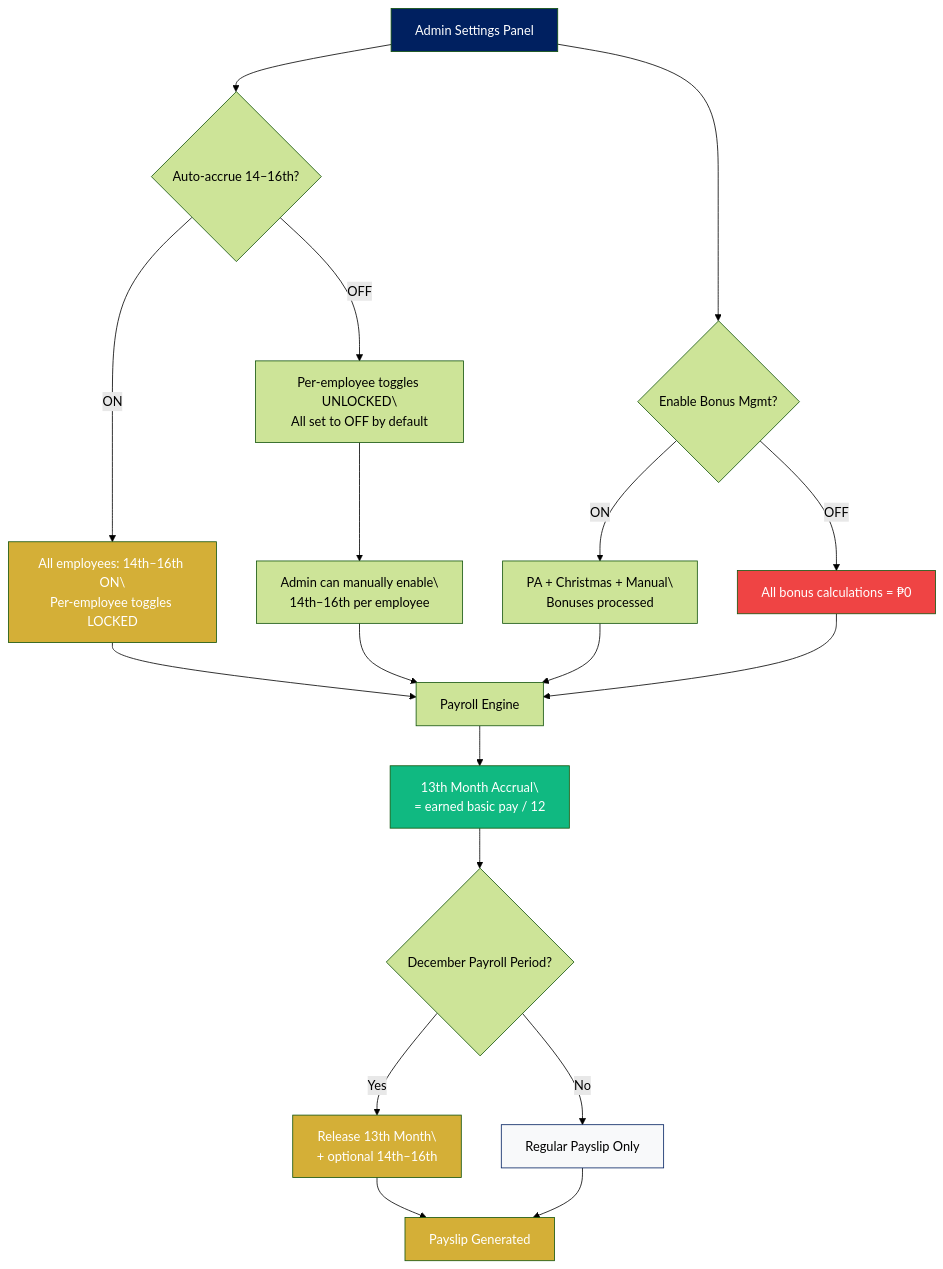
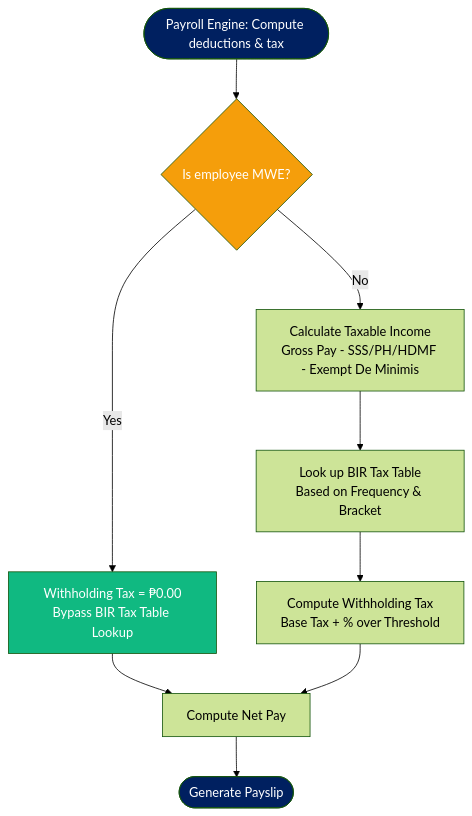
Diagram 32 of 49 in README.md (binssente-crypto/PAYROLL-DOCUMENTATION), drawn with Mermaid (forest theme) before and after one commit. The commit also changed other lines of this file, not shown here.

Commit message:
PAYROLL DOCUMENTATION UPDATE

````diff
--- a/README.md
+++ b/README.md
@@ -965,33 +1815,20 @@
 ```mermaid
 flowchart TD
-    CFG[Admin Settings Panel] --> A13{Auto-accrue 14–16th?}
+    Start([Payroll Engine: Compute deductions & tax]) --> MWE{Is employee MWE?}
     
-    A13 -- ON --> LOCK["All employees: 14th–16th ON\\nPer-employee toggles LOCKED"]
-    A13 -- OFF --> MANUAL["Per-employee toggles UNLOCKED\\nAll set to OFF by default"]
-    MANUAL --> ADMIN["Admin can manually enable\\n14th–16th per employee"]
+    MWE -- "Yes" --> TaxExempt["Withholding Tax = ₱0.00<br/>Bypass BIR Tax Table Lookup"]
+    MWE -- "No" --> TaxableIncome["Calculate Taxable Income<br/>Gross Pay - SSS/PH/HDMF - Exempt De Minimis"]
     
-    LOCK --> ENGINE[Payroll Engine]
-    ADMIN --> ENGINE
+    TaxableIncome --> TableLookup["Look up BIR Tax Table<br/>Based on Frequency & Bracket"]
+    TableLookup --> TaxCalc["Compute Withholding Tax<br/>Base Tax + % over Threshold"]
     
-    CFG --> BONUS{Enable Bonus Mgmt?}
-    BONUS -- ON --> BPROC["PA + Christmas + Manual\\nBonuses processed"]
-    BONUS -- OFF --> BSKIP["All bonus calculations = ₱0"]
+    TaxExempt --> PostTax[Compute Net Pay]
+    TaxCalc --> PostTax
     
-    BPROC --> ENGINE
-    BSKIP --> ENGINE
+    PostTax --> End([Generate Payslip])
     
-    ENGINE --> ACCRUAL["13th Month Accrual\\n= earned basic pay / 12"]
-    ACCRUAL --> DEC{December Payroll Period?}
-    DEC -- Yes --> RELEASE["Release 13th Month\\n+ optional 14th–16th"]
-    DEC -- No --> HOLD[Regular Payslip Only]
-    RELEASE --> SLIP[Payslip Generated]
-    HOLD --> SLIP
-
-    style CFG fill:#002060,color:#fff
-    style ACCRUAL fill:#10b981,color:#fff
-    style RELEASE fill:#D4AF37,color:#fff
-    style LOCK fill:#D4AF37,color:#fff
-    style SLIP fill:#D4AF37,color:#fff
-    style BSKIP fill:#ef4444,color:#fff
-    style HOLD fill:#f8f9fa,stroke:#002060
+    style Start fill:#002060,color:#fff
+    style MWE fill:#f59e0b,color:#fff
+    style TaxExempt fill:#10b981,color:#fff
+    style End fill:#002060,color:#fff
 ```
````
